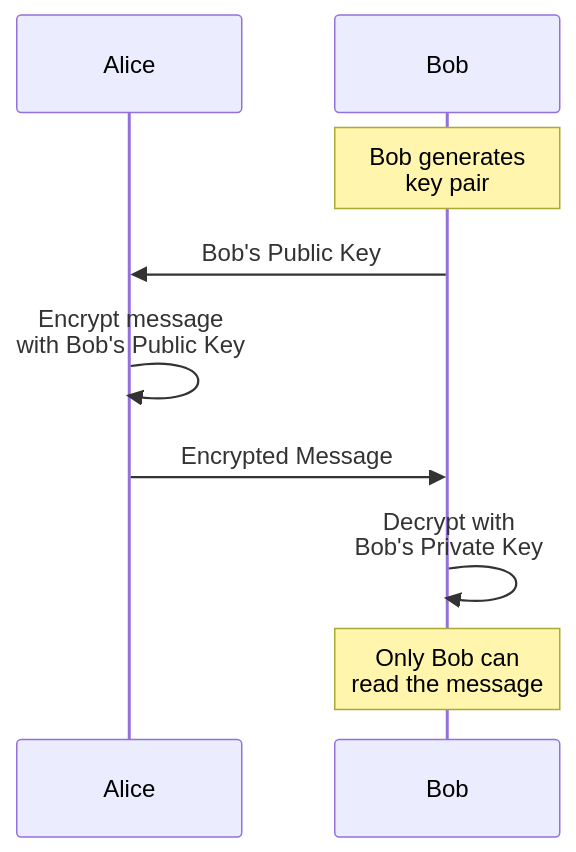
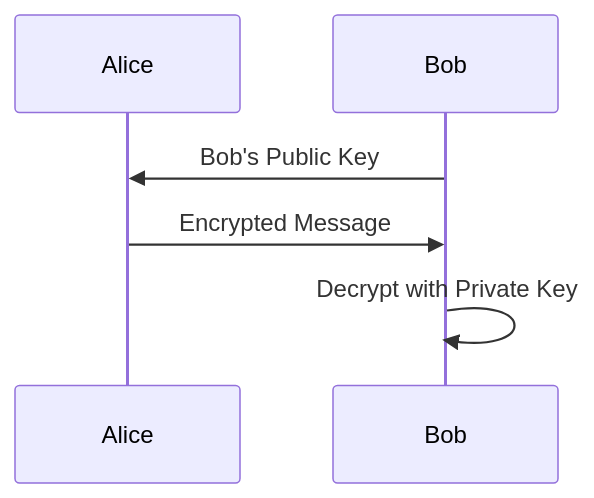
One commit to kousen/software-design-course changed the sixth of 10 diagrams in slides/week-12-spring-ai/slides.md. Above: the diagram before and after it, drawn with Mermaid. The commit also changed other lines of this file, not shown here.

First line of the commit message:
Simplify PKI diagrams to prevent overflow

````diff
--- a/slides/week-12-spring-ai/slides.md
+++ b/slides/week-12-spring-ai/slides.md
@@ -746,12 +746,9 @@
 ```mermaid
 sequenceDiagram
     participant Alice
     participant Bob
 
-    Note over Bob: Bob generates<br/>key pair
     Bob->>Alice: Bob's Public Key
-    Alice->>Alice: Encrypt message<br/>with Bob's Public Key
     Alice->>Bob: Encrypted Message
-    Bob->>Bob: Decrypt with<br/>Bob's Private Key
-    Note over Bob: Only Bob can<br/>read the message
+    Bob->>Bob: Decrypt with Private Key
 ```
````
